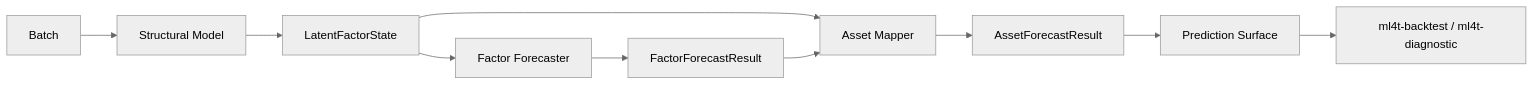
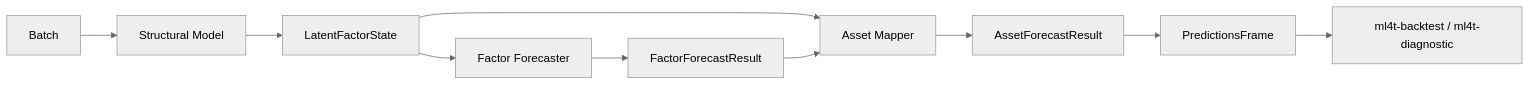
The diagram in docs/user-guide/latent-factor-pipelines.md (ml4t/models), drawn with Mermaid (neutral theme) before and after one commit. The commit also changed other lines of this file and 20 other files, not shown here.

````diff
--- a/docs/user-guide/latent-factor-pipelines.md
+++ b/docs/user-guide/latent-factor-pipelines.md
@@ -112,12 +147,12 @@
 ```mermaid
 flowchart LR
     A[Batch] --> B[Structural Model]
     B --> C[LatentFactorState]
     C --> D[Factor Forecaster]
     D --> E[FactorForecastResult]
     C --> F[Asset Mapper]
     E --> F
     F --> G[AssetForecastResult]
-    G --> H[Prediction Surface]
+    G --> H[PredictionsFrame]
     H --> I[ml4t-backtest / ml4t-diagnostic]
 ```
````
